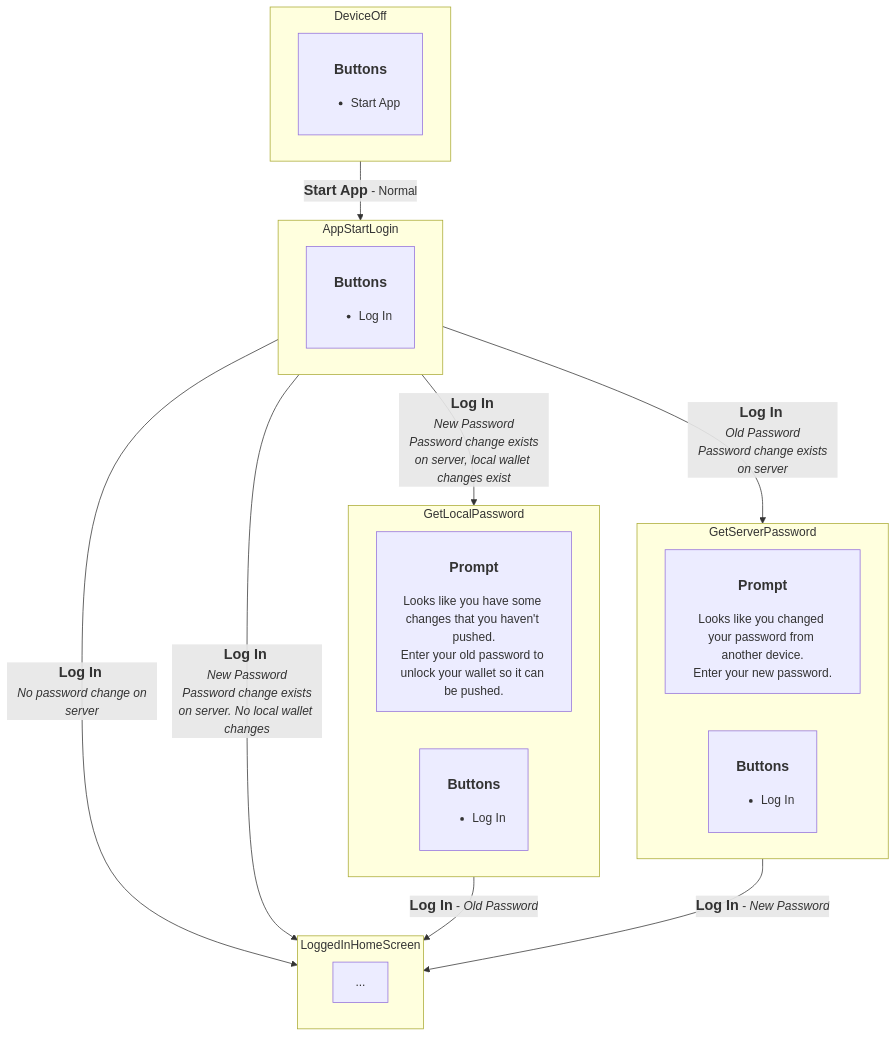
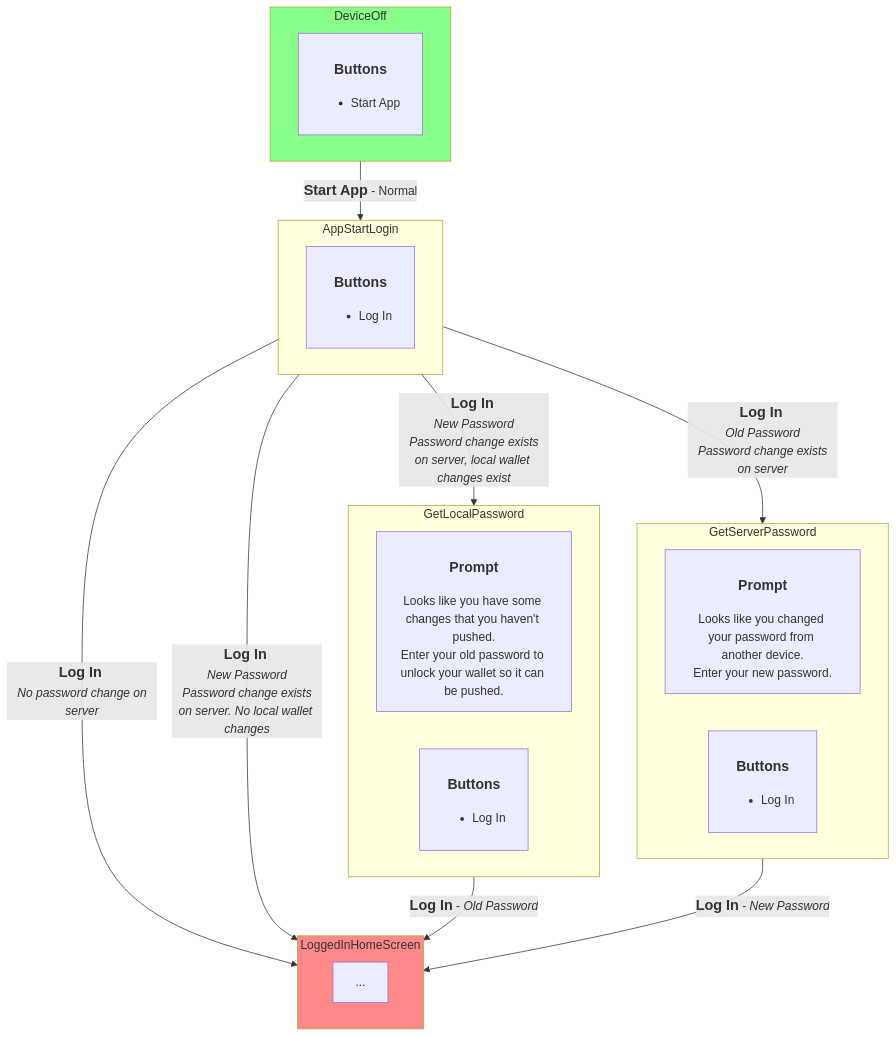
The sixth of 7 diagrams in spec/user-flows.md (orblivion/lbry-wallet-sync-draft), drawn with Mermaid before and after one commit. The commit also changed other lines of this file, not shown here.

Commit message:
Spacing and "Server URL"

````diff
--- a/spec/user-flows.md
+++ b/spec/user-flows.md
@@ -394,38 +394,41 @@
 ```mermaid
 flowchart TD
   classDef start fill:#8f8;
   classDef finish fill:#f88;
 
+  DeviceOff:::start
+  LoggedInHomeScreen:::finish
+
   DeviceOff --<big><b>Start App</b></big> - Normal--> AppStartLogin
-  AppStartLogin --<big><b>Log In</b></big> <br> <i>No password change on server</i>--> LoggedInHomeScreen
-  AppStartLogin --<big><b>Log In</b></big> <br> <i>New Password <br> Password change exists on server. No local wallet changes</i>--> LoggedInHomeScreen
+  AppStartLogin --<big><b>Log In</b></big> <br> <i>No password change on server</i>-->LoggedInHomeScreen
+  AppStartLogin --<big><b>Log In</b></big> <br> <i>New Password <br> Password change exists on server. No local wallet changes</i>-->LoggedInHomeScreen
 
-  AppStartLogin --<big><b>Log In</b></big> <br> <i>New Password <br> Password change exists on server, local wallet changes exist</i>--> GetLocalPassword
-  AppStartLogin --<big><b>Log In</b></big> <br> <i>Old Password <br> Password change exists on server</i>--> GetServerPassword
+  AppStartLogin --<big><b>Log In</b></big> <br> <i>New Password <br> Password change exists on server, local wallet changes exist</i>-->GetLocalPassword
+  AppStartLogin --<big><b>Log In</b></big> <br> <i>Old Password <br> Password change exists on server</i>-->GetServerPassword
 
-  GetLocalPassword --<big><b>Log In</b></big> - <i>Old Password</i>--> LoggedInHomeScreen
-  GetServerPassword --<big><b>Log In</b></big> - <i>New Password</i>--> LoggedInHomeScreen
+  GetLocalPassword --<big><b>Log In</b></big> - <i>Old Password</i>-->LoggedInHomeScreen
+  GetServerPassword --<big><b>Log In</b></big> - <i>New Password</i>-->LoggedInHomeScreen
 
   subgraph DeviceOff
     direction RL
     DeviceOff1[<h3>Buttons</h3><ul><li>Start App</li></ul>]
   end
   subgraph AppStartLogin
     direction RL
     AppStartLogin1[<h3>Buttons</h3><ul><li>Log In</li></ul>]
   end
   subgraph LoggedInHomeScreen
     direction RL
     LoggedInHomeScreen1[...]
   end
   subgraph GetLocalPassword
     direction RL
     GetLocalPassword1[<h3>Prompt</h3>Looks like you have some changes that you haven't pushed.<br>Enter your old password to unlock your wallet so it can be pushed.]
     GetLocalPassword2[<h3>Buttons</h3><ul><li>Log In</li></ul>]
   end
   subgraph GetServerPassword
     direction RL
     GetServerPassword1[<h3>Prompt</h3>Looks like you changed your password from another device.<br>Enter your new password.]
     GetServerPassword2[<h3>Buttons</h3><ul><li>Log In</li></ul>]
   end
 ```
````
